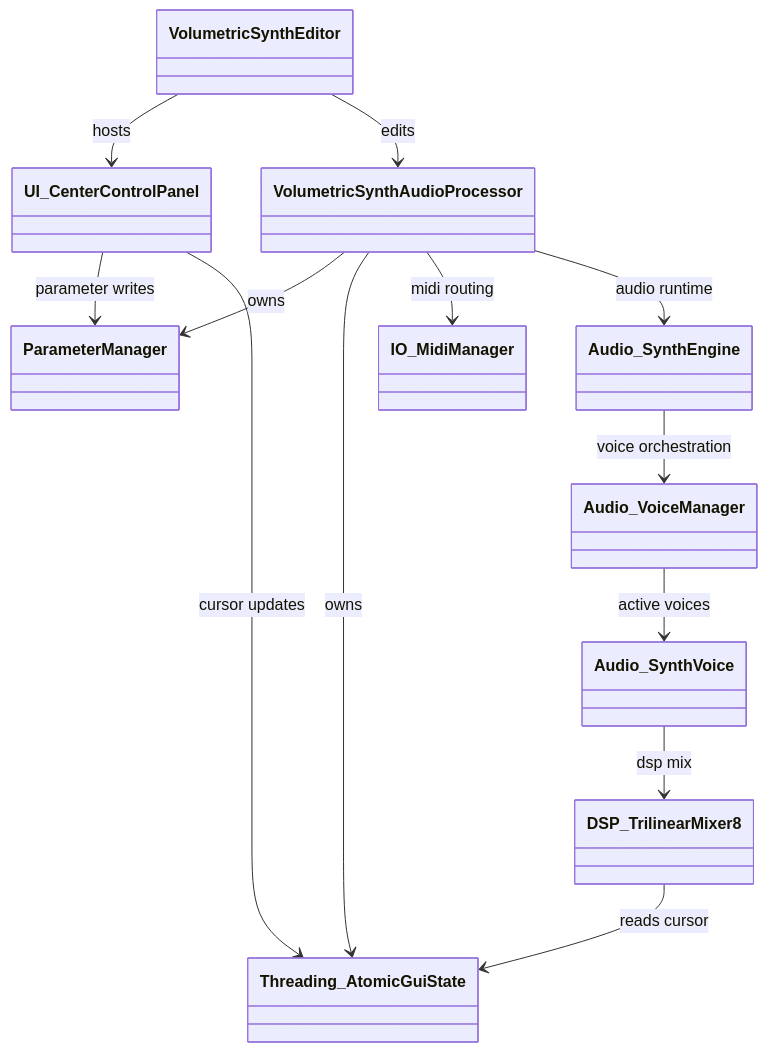
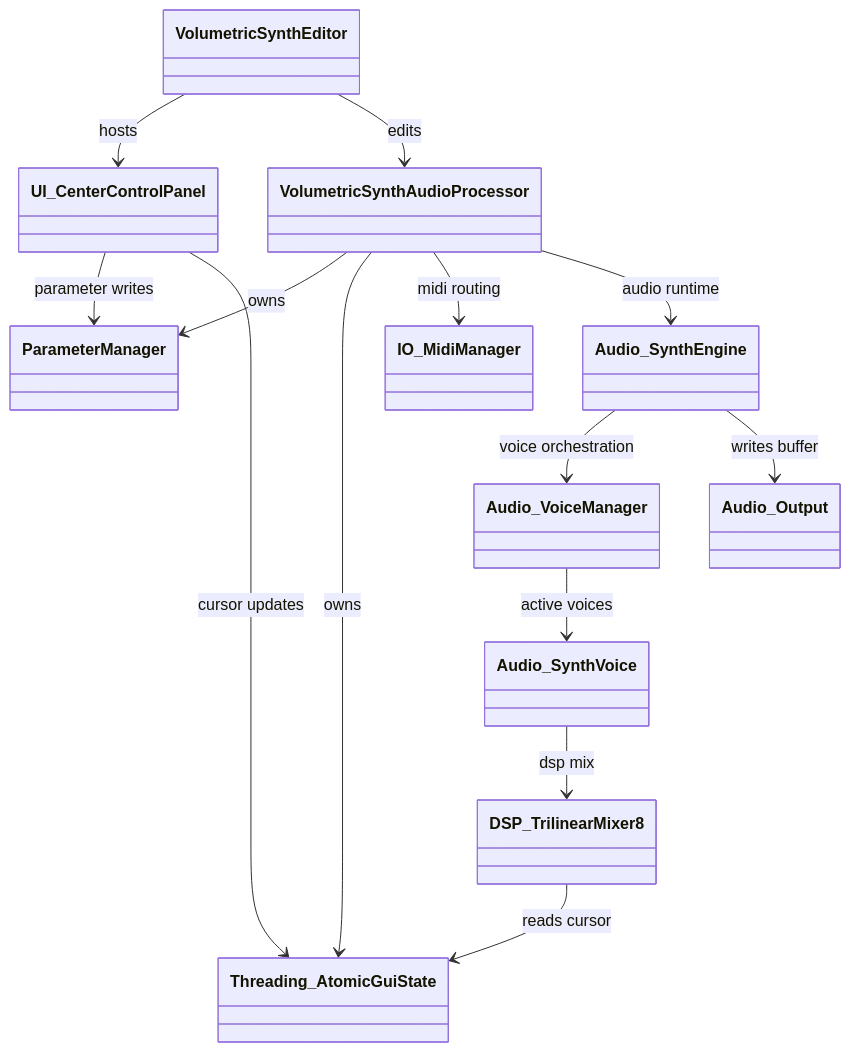
Before and after one commit to rp-bot/ASE-final-project: the fourth of 4 diagrams in docs/final-presentation/sections/module-overview-class-diagrams.md, drawn with Mermaid. The commit also changed other lines of this file and 12 other files, not shown here.

Commit message:
Remove Cube-Recording video and update final presentation materials. Revised module overview section for clarity, adjusted class diagrams, and refined individual responsibilities with role designations.

````diff
--- a/docs/final-presentation/sections/module-overview-class-diagrams.md
+++ b/docs/final-presentation/sections/module-overview-class-diagrams.md
@@ -107,26 +111,28 @@
 ```mermaid
 classDiagram
     class VolumetricSynthEditor
     class UI_CenterControlPanel
     class ParameterManager
     class Threading_AtomicGuiState
     class VolumetricSynthAudioProcessor
     class IO_MidiManager
     class Audio_SynthEngine
     class Audio_VoiceManager
     class Audio_SynthVoice
     class DSP_TrilinearMixer8
+    class Audio_Output
 
     VolumetricSynthEditor --> UI_CenterControlPanel : hosts
     VolumetricSynthEditor --> VolumetricSynthAudioProcessor : edits
     UI_CenterControlPanel --> ParameterManager : parameter writes
     UI_CenterControlPanel --> Threading_AtomicGuiState : cursor updates
     VolumetricSynthAudioProcessor --> ParameterManager : owns
     VolumetricSynthAudioProcessor --> Threading_AtomicGuiState : owns
     VolumetricSynthAudioProcessor --> IO_MidiManager : midi routing
     VolumetricSynthAudioProcessor --> Audio_SynthEngine : audio runtime
     Audio_SynthEngine --> Audio_VoiceManager : voice orchestration
     Audio_VoiceManager --> Audio_SynthVoice : active voices
     Audio_SynthVoice --> DSP_TrilinearMixer8 : dsp mix
     DSP_TrilinearMixer8 --> Threading_AtomicGuiState : reads cursor
+    Audio_SynthEngine --> Audio_Output : writes buffer
 ```
````
